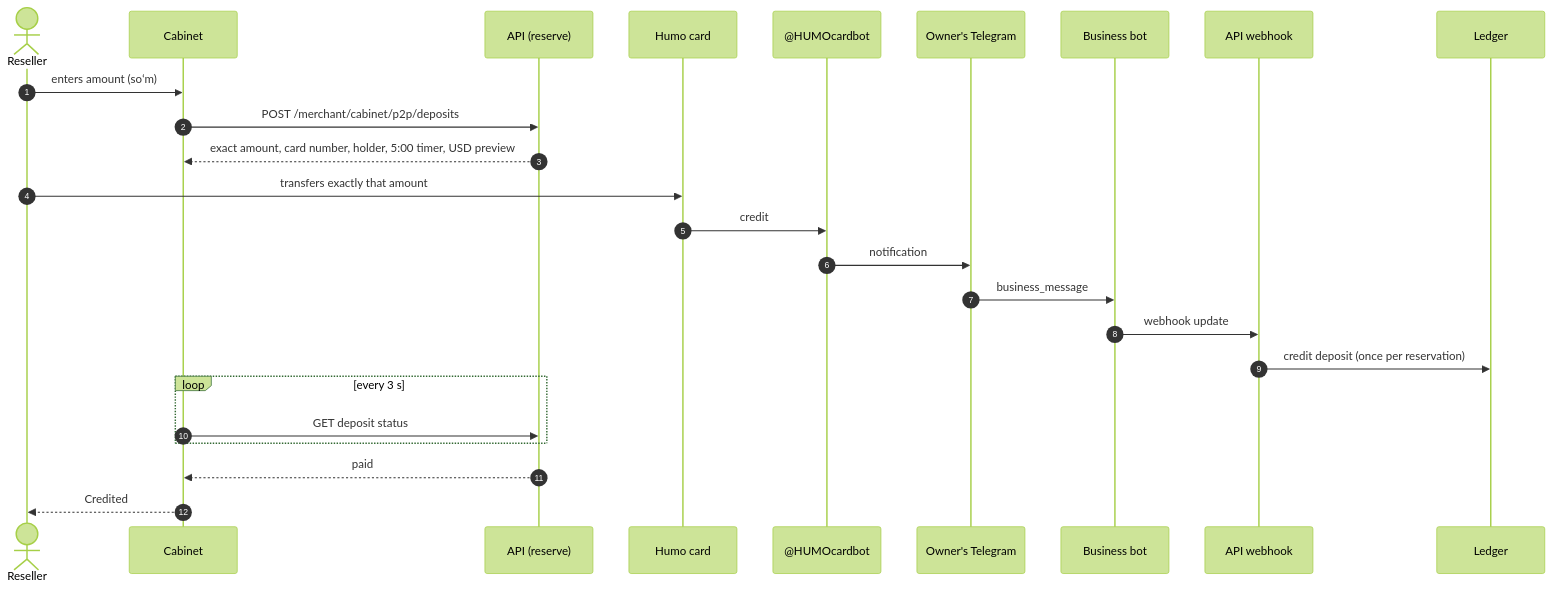
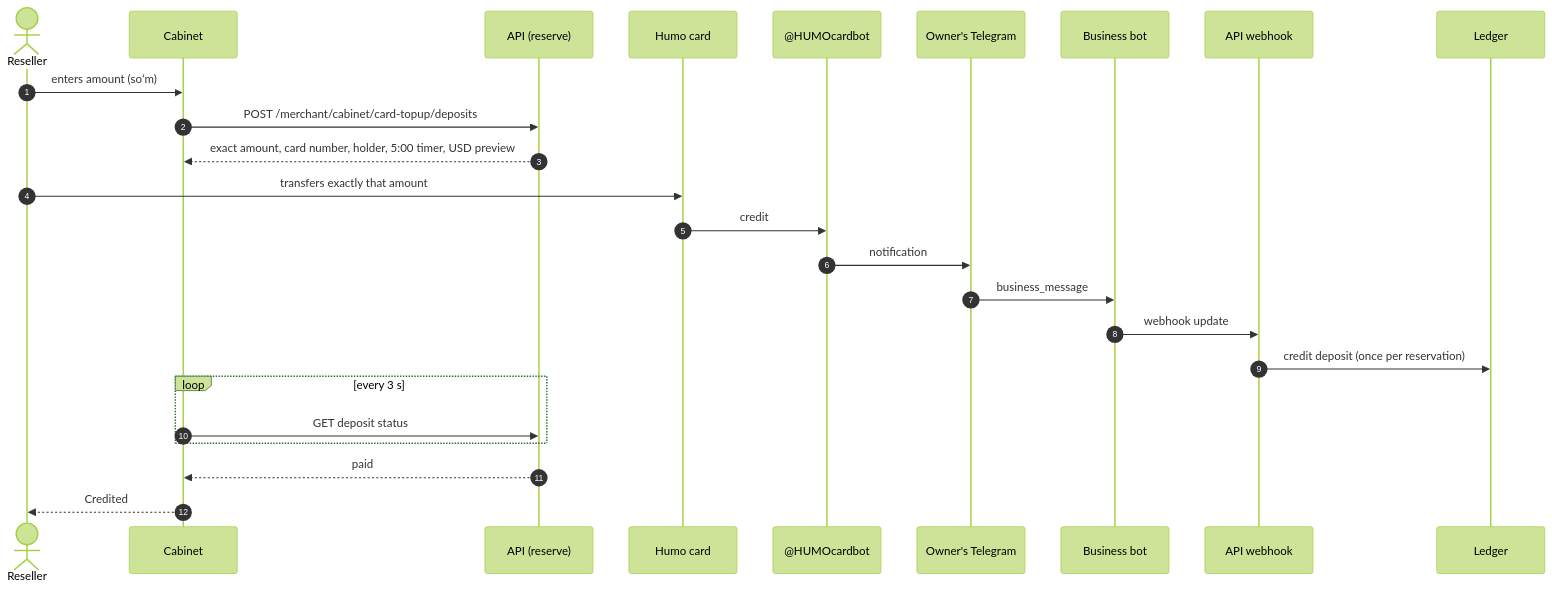
The diagram in docs/product/flows/p2p-deposit.md (jamaomonov/yupay), drawn with Mermaid (forest theme) before and after one commit. The commit also changed 10 other files, not shown here.

First line of the commit message:
fix(merchant/top-up): move card top-up off /p2p URLs that ad blockers drop

````diff
--- a/docs/product/flows/p2p-deposit.md
+++ b/docs/product/flows/p2p-deposit.md
@@ -8,28 +8,28 @@
 ```mermaid
 sequenceDiagram
     autonumber
     actor R as Reseller
     participant Cab as Cabinet
     participant API as API (reserve)
     participant Humo as Humo card
     participant Bot as @HUMOcardbot
     participant TG as Owner's Telegram
     participant BB as Business bot
     participant WH as API webhook
     participant L as Ledger
 
     R->>Cab: enters amount (soʻm)
-    Cab->>API: POST /merchant/cabinet/p2p/deposits
+    Cab->>API: POST /merchant/cabinet/card-topup/deposits
     API-->>Cab: exact amount, card number, holder, 5:00 timer, USD preview
     R->>Humo: transfers exactly that amount
     Humo->>Bot: credit
     Bot->>TG: notification
     TG->>BB: business_message
     BB->>WH: webhook update
     WH->>L: credit deposit (once per reservation)
     loop every 3 s
         Cab->>API: GET deposit status
     end
     API-->>Cab: paid
     Cab-->>R: Credited
 ```
````
